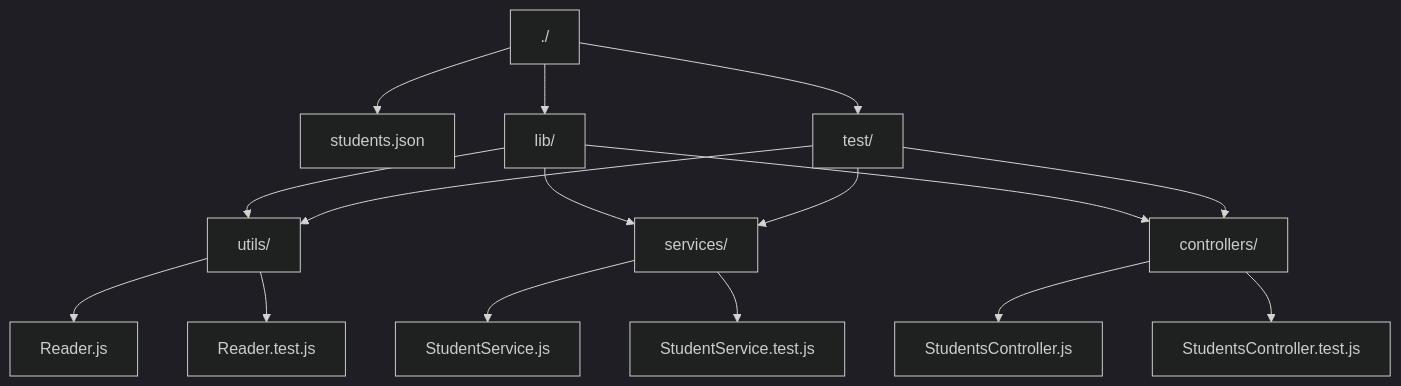
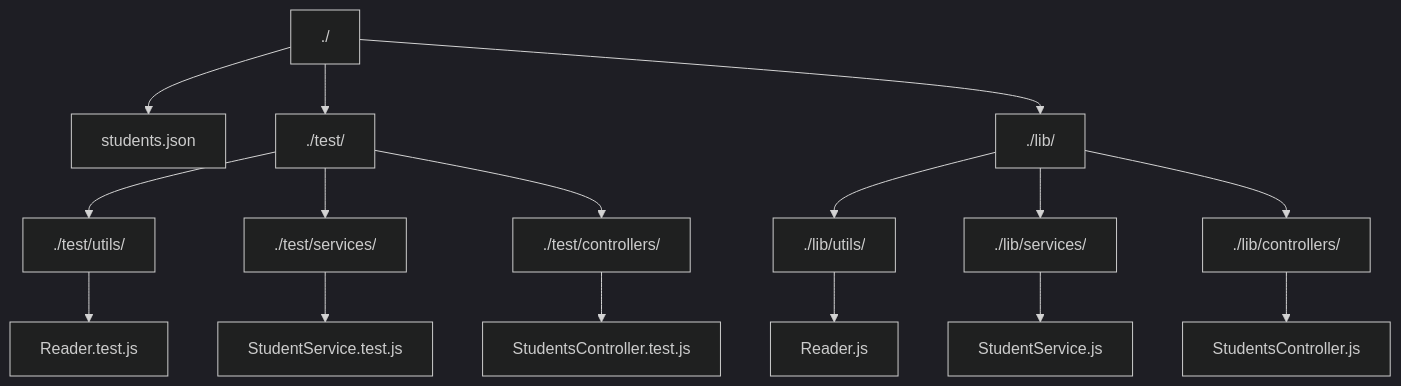
One commit to joslo2345/misionjs_semana4_CodeChallenge changed the second of 2 diagrams in README.md. Above: the diagram before and after it, drawn with Mermaid (dark theme).

Commit message:
paso 13: agregado mas detalles a la descripcion en README.md

````diff
--- a/README.md
+++ b/README.md
@@ -18,18 +18,18 @@
 ```mermaid
   graph TD;
       ./-->students.json;
-      ./-->test/;
-      ./-->lib/;
-      lib/-->utils/;
-      utils/-->Reader.js;
-      lib/-->services/;
-      services/-->StudentService.js;
-      lib/-->controllers/;
-      controllers/-->StudentsController.js;
-      test/-->utils/;
-      utils/-->Reader.test.js;
-      test/-->services/;
-      services/-->StudentService.test.js;
-      test/-->controllers/;
-      controllers/-->StudentsController.test.js;
+      ./-->./test/;
+      ./-->./lib/;
+      ./lib/-->./lib/utils/;
+      ./lib/utils/-->Reader.js;
+      ./lib/-->./lib/services/;
+      ./lib/services/-->StudentService.js;
+      ./lib/-->./lib/controllers/;
+      ./lib/controllers/-->StudentsController.js;
+      ./test/-->./test/utils/;
+      ./test/utils/-->Reader.test.js;
+      ./test/-->./test/services/;
+      ./test/services/-->StudentService.test.js;
+      ./test/-->./test/controllers/;
+      ./test/controllers/-->StudentsController.test.js;
 ```
````
